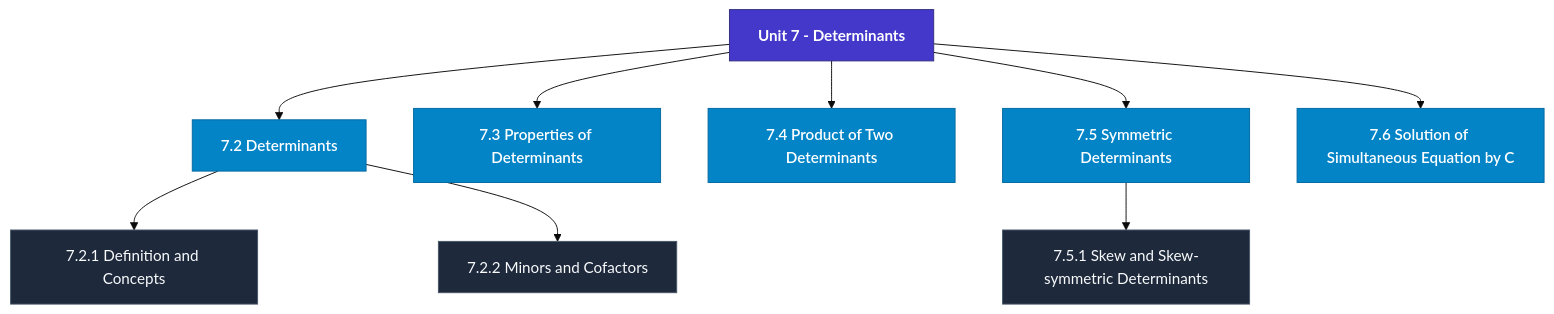
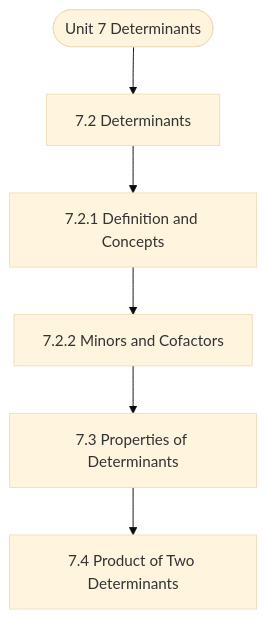
Before and after one commit to Asutosh-Coaching/mscdsa: the diagram in notes/Semester_1/MCS-061_Mathematical_Foundations_-_I/unit_07_Determinants.md, drawn with Mermaid (base theme). The commit also changed other lines of this file and 115 other files, not shown here.

Commit message:
Fix Mermaid layout for mobile, isolate LaTeX delimiters, and add GitHub Pages reader

````diff
--- a/notes/Semester_1/MCS-061_Mathematical_Foundations_-_I/unit_07_Determinants.md
+++ b/notes/Semester_1/MCS-061_Mathematical_Foundations_-_I/unit_07_Determinants.md
@@ -19,25 +19,14 @@
 ```mermaid
 flowchart TD
-  %% Styling Definitions
-  classDef head fill:#4338ca,stroke:#312e81,color:#ffffff,font-weight:bold;
-  classDef topic fill:#0284c7,stroke:#0369a1,color:#ffffff,font-weight:600;
-  classDef sub fill:#1e293b,stroke:#475569,color:#f8fafc;
-
-  Root["Unit 7 - Determinants"]:::head
-  M1["7.2 Determinants"]:::topic
-  Root --> M1
-  M1_1["7.2.1 Definition and Concepts"]:::sub
-  M1 --> M1_1
-  M1_2["7.2.2 Minors and Cofactors"]:::sub
-  M1 --> M1_2
-  M2["7.3 Properties of Determinants"]:::topic
-  Root --> M2
-  M3["7.4 Product of Two Determinants"]:::topic
-  Root --> M3
-  M4["7.5 Symmetric Determinants"]:::topic
-  Root --> M4
-  M4_1["7.5.1 Skew and Skew-symmetric Determinants"]:::sub
-  M4 --> M4_1
-  M5["7.6 Solution of Simultaneous Equation by C"]:::topic
-  Root --> M5
+  Start(["Unit 7 Determinants"])
+  N1["7.2 Determinants"]
+  N2["7.2.1 Definition and Concepts"]
+  N3["7.2.2 Minors and Cofactors"]
+  N4["7.3 Properties of Determinants"]
+  N5["7.4 Product of Two Determinants"]
+  Start --> N1
+  N1 --> N2
+  N2 --> N3
+  N3 --> N4
+  N4 --> N5
 ```
````
